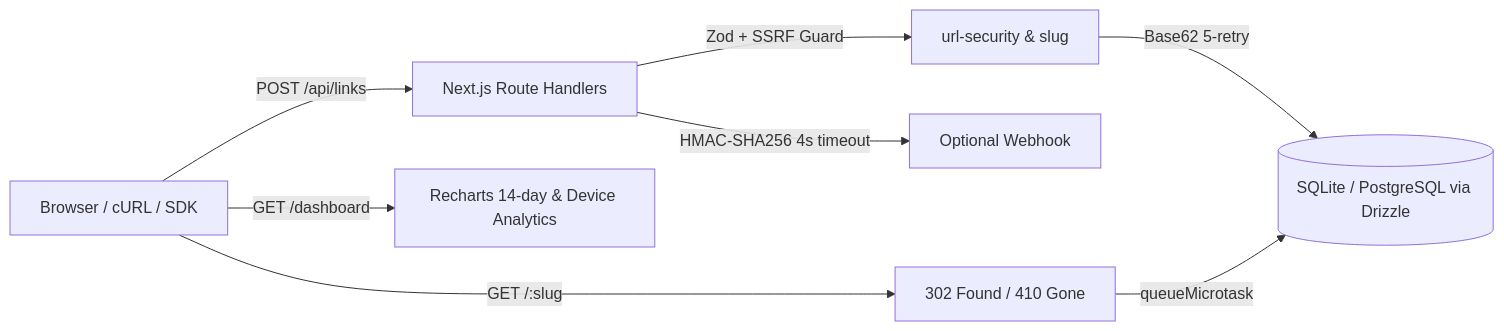
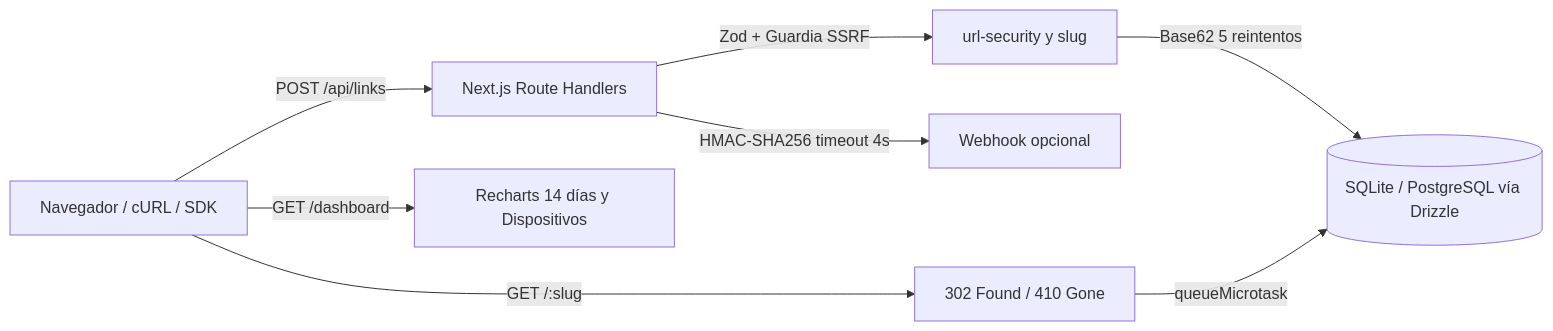
Before and after one commit to vejjeto/sniplink-dev: the diagram in README.md, drawn with Mermaid. The commit also changed other lines of this file, not shown here.

````diff
--- a/README.md
+++ b/README.md
@@ -13,10 +13,10 @@
 ```mermaid
 flowchart LR
-  Client[Browser / cURL / SDK] -->|POST /api/links| API[Next.js Route Handlers]
-  API -->|Zod + SSRF Guard| Sec[url-security & slug]
-  Sec -->|Base62 5-retry| DB[(SQLite / PostgreSQL via Drizzle)]
-  API -->|HMAC-SHA256 4s timeout| Hook[Optional Webhook]
+  Client[Navegador / cURL / SDK] -->|POST /api/links| API[Next.js Route Handlers]
+  API -->|Zod + Guardia SSRF| Sec[url-security y slug]
+  Sec -->|Base62 5 reintentos| DB[(SQLite / PostgreSQL vía Drizzle)]
+  API -->|HMAC-SHA256 timeout 4s| Hook[Webhook opcional]
   Client -->|GET /:slug| Redir[302 Found / 410 Gone]
   Redir -->|queueMicrotask| DB
-  Client -->|GET /dashboard| UI[Recharts 14-day & Device Analytics]
+  Client -->|GET /dashboard| UI[Recharts 14 días y Dispositivos]
 ```
````
